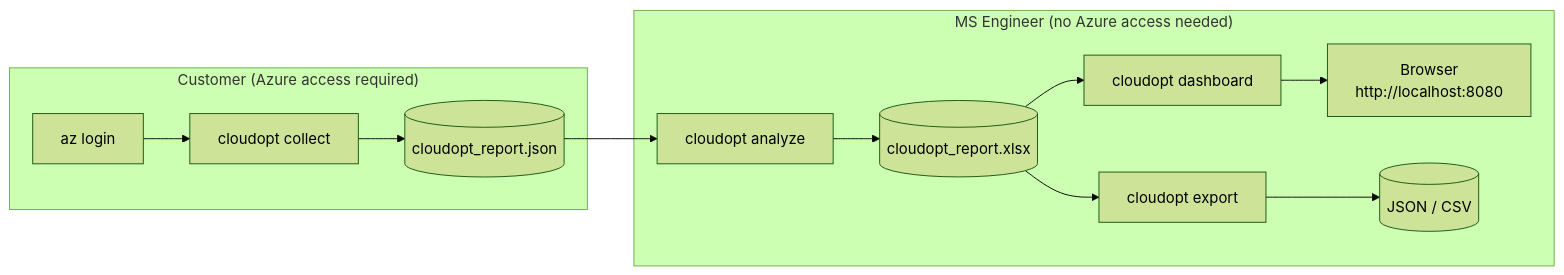
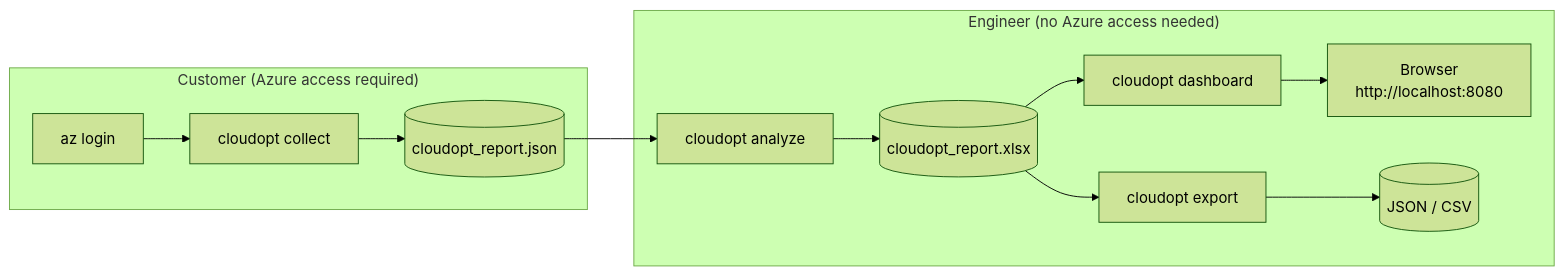
One commit to rod-reis/cloudopt changed the first of 2 diagrams in README.md. Above: the diagram before and after it, drawn with Mermaid (forest theme). The commit also changed other lines of this file and 8 other files, not shown here.

````diff
--- a/README.md
+++ b/README.md
@@ -16,16 +16,16 @@
 ```mermaid
 flowchart LR
     subgraph Customer["Customer (Azure access required)"]
         A[az login] --> B[cloudopt collect]
         B --> C[(cloudopt_report.json)]
     end
 
-    subgraph Engineer["MS Engineer (no Azure access needed)"]
+    subgraph Engineer["Engineer (no Azure access needed)"]
         C --> D[cloudopt analyze]
         D --> E[(cloudopt_report.xlsx)]
         E --> F[cloudopt dashboard]
         F --> G[Browser\nhttp://localhost:8080]
         E --> H[cloudopt export]
         H --> I[(JSON / CSV)]
     end
 ```
````
